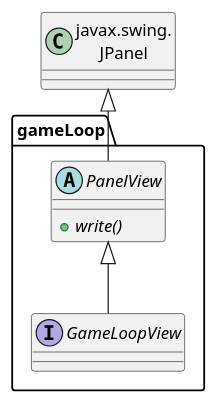
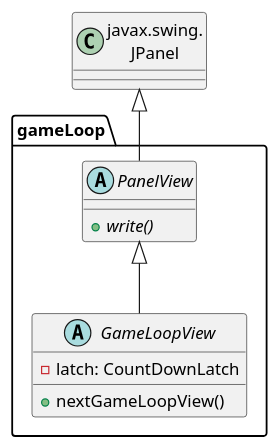
The diagram in connect4/Docs/diagrams/src/packages/connect4.connect4.views.graphics.gameLoop.plantuml (js-rom/connect4), drawn with PlantUML before and after one commit. The commit also changed 5 other files, not shown here.

```diff
--- a/connect4/Docs/diagrams/src/packages/connect4.connect4.views.graphics.gameLoop.plantuml
+++ b/connect4/Docs/diagrams/src/packages/connect4.connect4.views.graphics.gameLoop.plantuml
@@ -1,14 +1,17 @@
 @startuml connect4.connect4.views.graphics.gameLoop
 
 class JPanel as "javax.swing.\nJPanel"
 
-interface gameLoop.GameLoopView
+abstract class gameLoop.GameLoopView {
+    - latch: CountDownLatch
+    + nextGameLoopView()
+}
 
 abstract class gameLoop.PanelView {
     + {abstract} write()
 }
 
 JPanel <|-- PanelView
 PanelView <|-- GameLoopView
 
 @enduml
```
